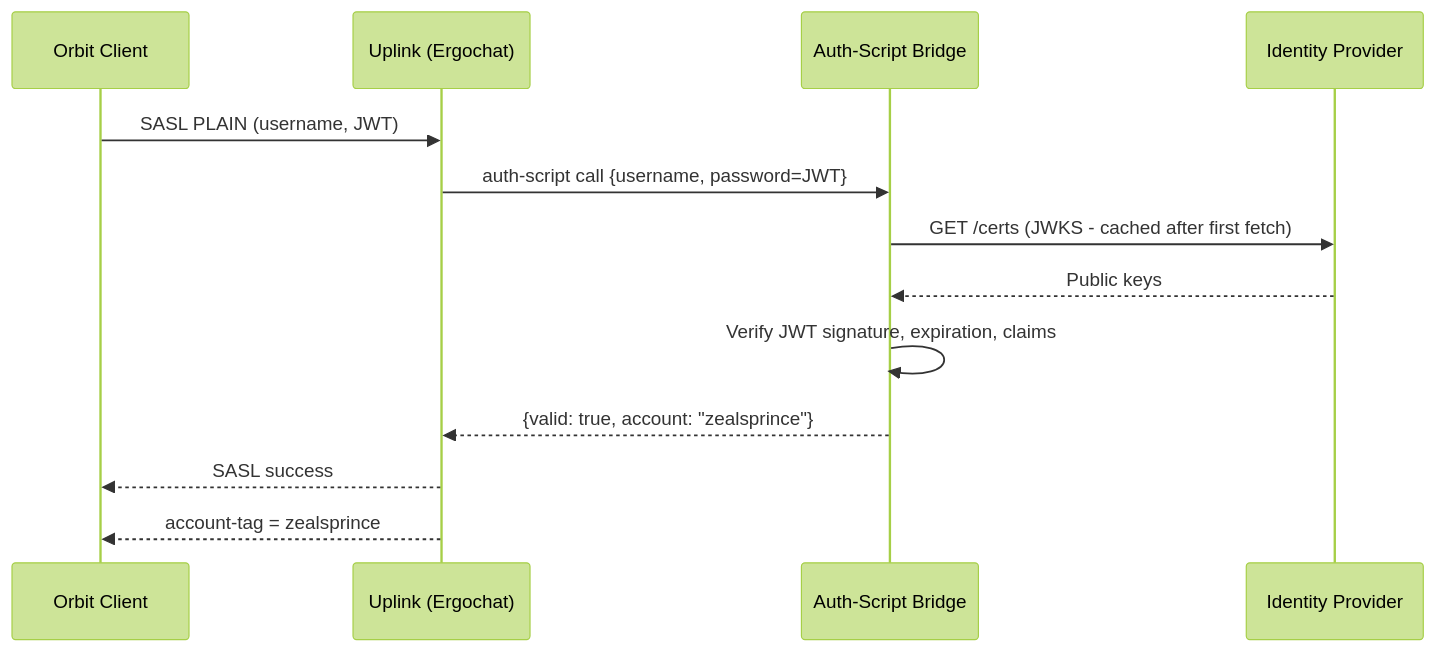
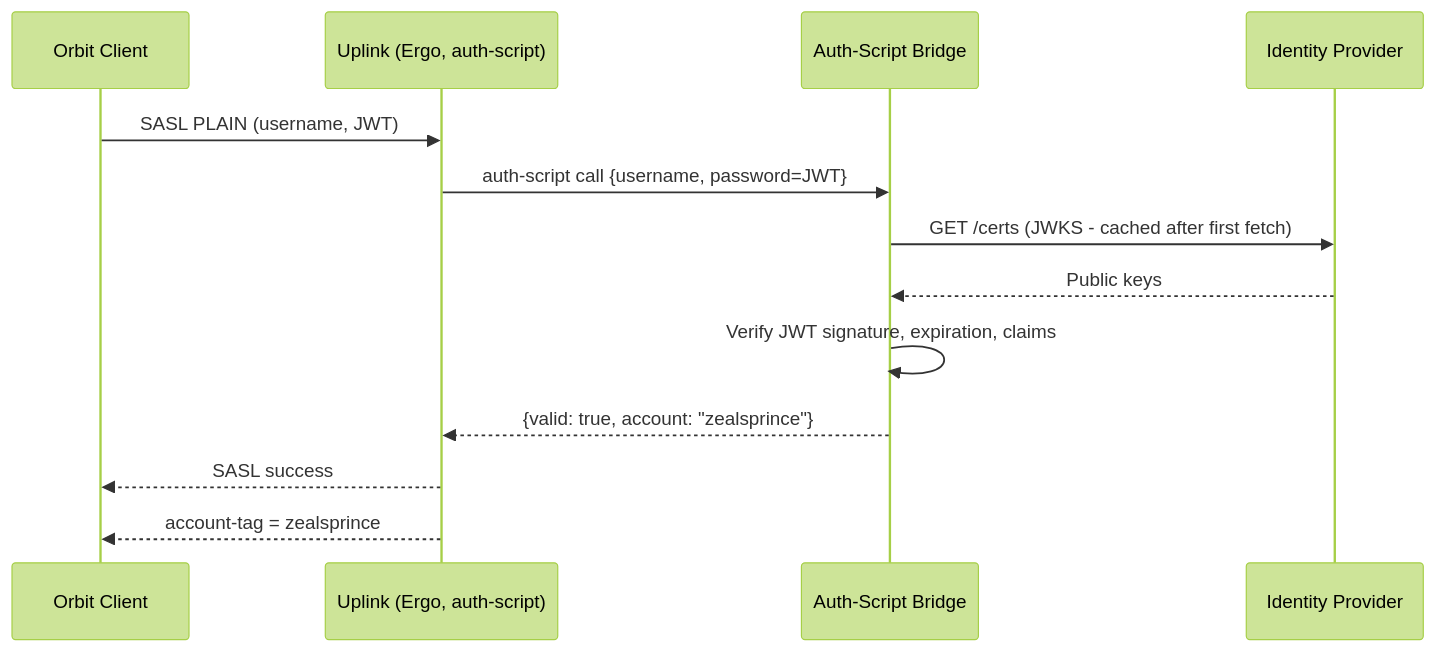
Before and after one commit to hivecom/orbit-spec: the fifth of 5 diagrams in spec/02-components/04-transponder.md, drawn with Mermaid (forest theme). The commit also changed other lines of this file and 22 other files, not shown here.

````diff
--- a/spec/02-components/04-transponder.md
+++ b/spec/02-components/04-transponder.md
@@ -117,16 +148,16 @@
 ```mermaid
 sequenceDiagram
     participant C as Orbit Client
-    participant GC as Uplink (Ergochat)
+    participant GC as Uplink (Ergo, auth-script)
     participant B as Auth-Script Bridge
     participant IdP as Identity Provider
 
     C->>GC: SASL PLAIN (username, JWT)
     GC->>B: auth-script call {username, password=JWT}
     B->>IdP: GET /certs (JWKS - cached after first fetch)
     IdP-->>B: Public keys
     B->>B: Verify JWT signature, expiration, claims
     B-->>GC: {valid: true, account: "zealsprince"}
     GC-->>C: SASL success
     GC-->>C: account-tag = zealsprince
 ```
````
